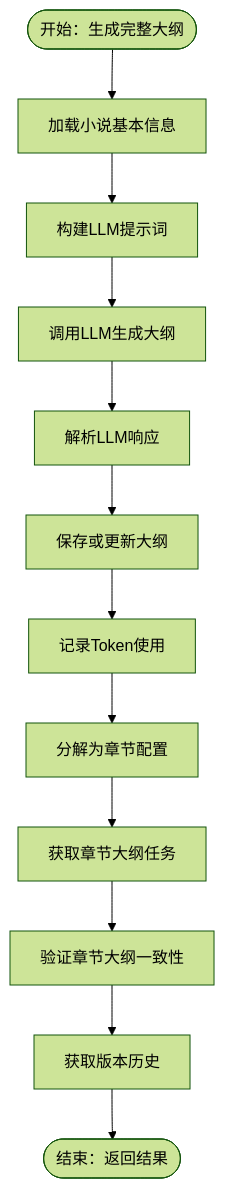
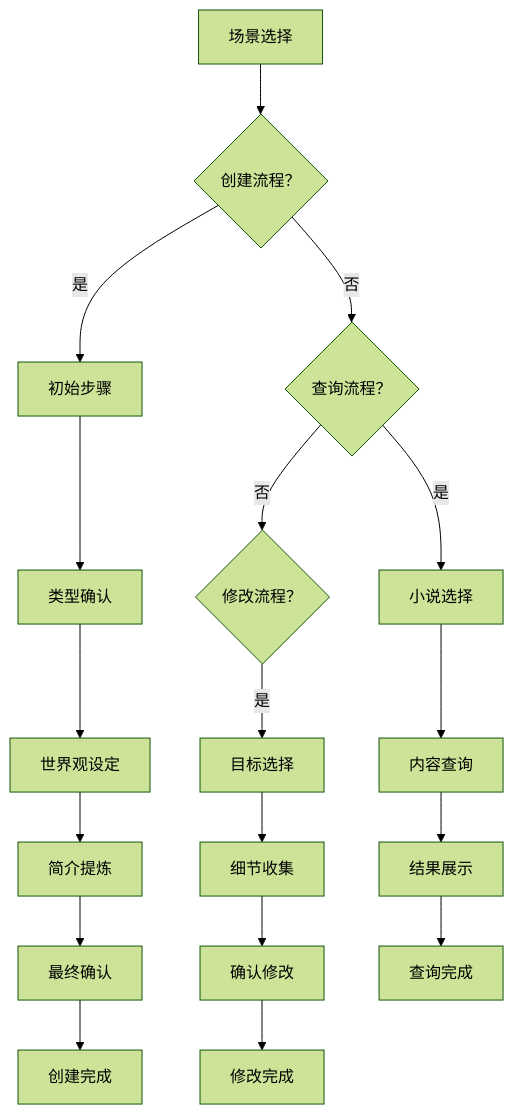
Before and after one commit to xfbyxq/ai-novel-system: the seventh of 9 diagrams in .qoder/repowiki/zh/content/后端架构/服务层设计.md, drawn with Mermaid (forest theme). The commit also changed other lines of this file and 38 other files, not shown here.

````diff
--- a/.qoder/repowiki/zh/content/后端架构/服务层设计.md
+++ b/.qoder/repowiki/zh/content/后端架构/服务层设计.md
@@ -477,14 +418,20 @@
 ```mermaid
 flowchart TD
-Start(["开始：生成完整大纲"]) --> Load["加载小说基本信息"]
-Load --> BuildPrompt["构建LLM提示词"]
-BuildPrompt --> CallLLM["调用LLM生成大纲"]
-CallLLM --> ParseResp["解析LLM响应"]
-ParseResp --> SaveOutline["保存或更新大纲"]
-SaveOutline --> RecordCost["记录Token使用"]
-RecordCost --> Decompose["分解为章节配置"]
-Decompose --> Task["获取章节大纲任务"]
-Task --> Validate["验证章节大纲一致性"]
-Validate --> Versions["获取版本历史"]
-Versions --> End(["结束：返回结果"])
+SceneSel["场景选择"] --> Create{"创建流程？"}
+Create --> |是| Initial["初始步骤"]
+Create --> |否| Query{"查询流程？"}
+Query --> |是| NovelSel["小说选择"]
+Query --> |否| Revision{"修改流程？"}
+Revision --> |是| RevSel["目标选择"]
+Initial --> Genre["类型确认"]
+Genre --> World["世界观设定"]
+World --> Synopsis["简介提炼"]
+Synopsis --> Final["最终确认"]
+NovelSel --> ContentQuery["内容查询"]
+ContentQuery --> ResultDisplay["结果展示"]
+RevSel --> DetailCollection["细节收集"]
+DetailCollection --> Confirmation["确认修改"]
+Final --> CreateComplete["创建完成"]
+ResultDisplay --> QueryComplete["查询完成"]
+Confirmation --> RevComplete["修改完成"]
 ```
````
